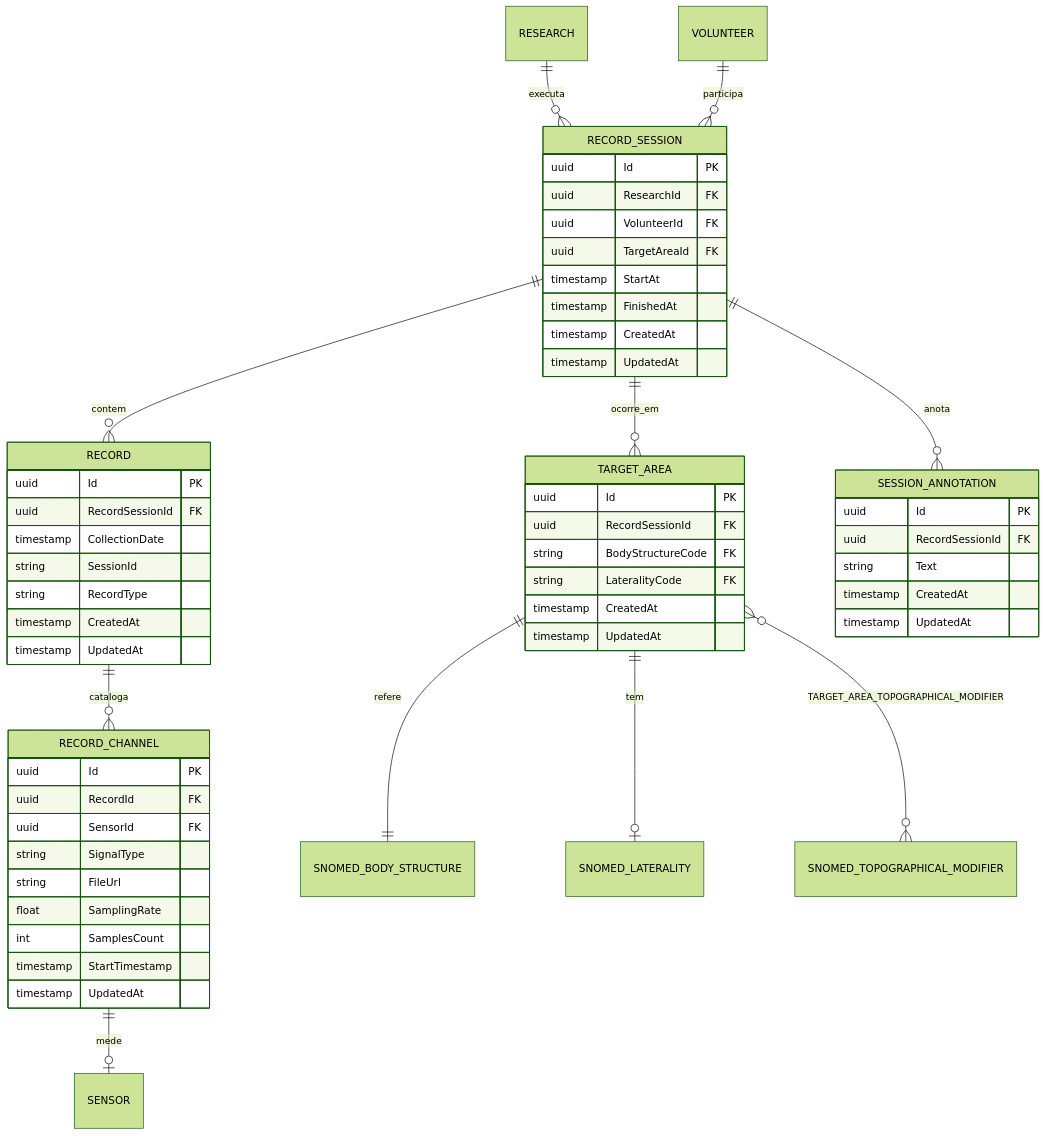
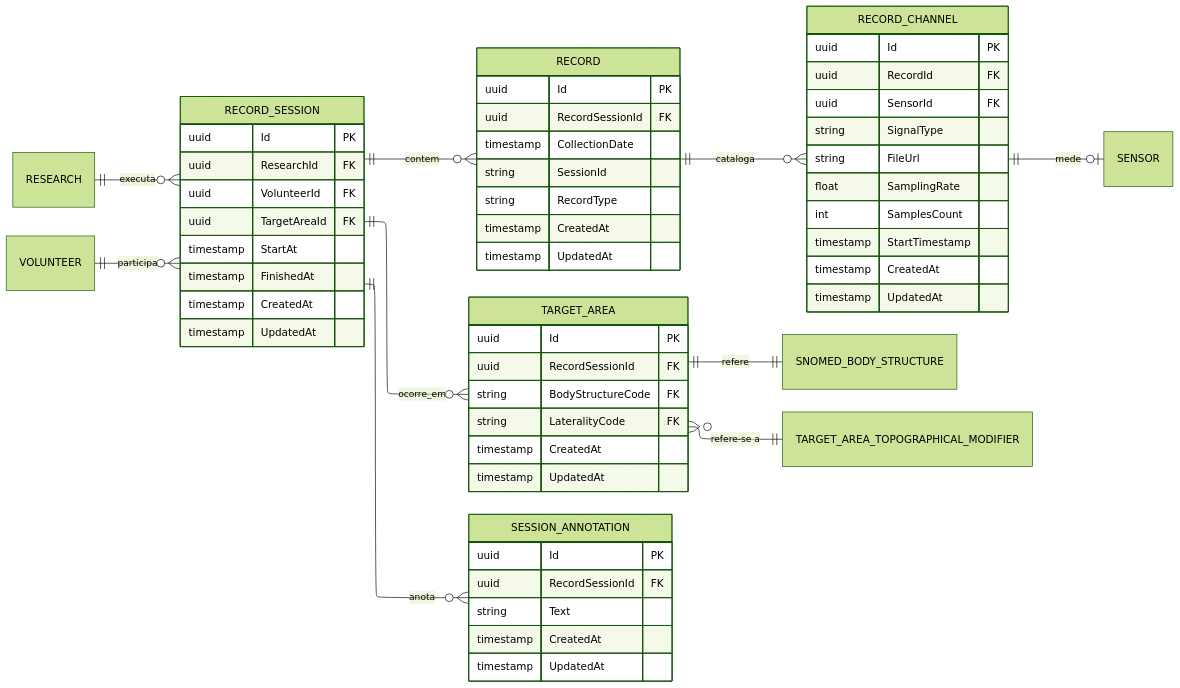
One commit to VitorAndTxr/TCC-Vitor changed the diagram in figuras/Desenvolvimento/NPI/modeloDados-familia-aquisicao.mmd. Above: the diagram before and after it, drawn with Mermaid (forest theme). The commit also changed 17 other files, not shown here.

```diff
--- a/figuras/Desenvolvimento/NPI/modeloDados-familia-aquisicao.mmd
+++ b/figuras/Desenvolvimento/NPI/modeloDados-familia-aquisicao.mmd
@@ -1,76 +1,79 @@
+---
+config:
+  layout: elk
+---
 erDiagram
+    direction LR
     %% ============================================================
     %% Familia 3: Aquisicao
     %% ============================================================
 
     RECORD_SESSION {
         uuid Id PK
         uuid ResearchId FK
         uuid VolunteerId FK
         uuid TargetAreaId FK
         timestamp StartAt
         timestamp FinishedAt
         timestamp CreatedAt
         timestamp UpdatedAt
     }
 
     RECORD {
         uuid Id PK
         uuid RecordSessionId FK
         timestamp CollectionDate
         string SessionId
         string RecordType
         timestamp CreatedAt
         timestamp UpdatedAt
     }
 
     RECORD_CHANNEL {
         uuid Id PK
         uuid RecordId FK
         uuid SensorId FK
         string SignalType
         string FileUrl
         float SamplingRate
         int SamplesCount
         timestamp StartTimestamp
+        timestamp CreatedAt
         timestamp UpdatedAt
     }
 
     TARGET_AREA {
         uuid Id PK
         uuid RecordSessionId FK
         string BodyStructureCode FK
         string LateralityCode FK
         timestamp CreatedAt
         timestamp UpdatedAt
     }
 
     SESSION_ANNOTATION {
         uuid Id PK
         uuid RecordSessionId FK
         string Text
         timestamp CreatedAt
         timestamp UpdatedAt
     }
 
     %% Entidades de outras familias citadas em relacionamentos
     RESEARCH { }
     VOLUNTEER { }
     SENSOR { }
     SNOMED_BODY_STRUCTURE { }
-    SNOMED_LATERALITY { }
-    SNOMED_TOPOGRAPHICAL_MODIFIER { }
 
     %% Relacionamentos internos
     RECORD_SESSION ||--o{ RECORD : contem
     RECORD_SESSION ||--o{ SESSION_ANNOTATION : anota
     RECORD_SESSION ||--o{ TARGET_AREA : ocorre_em
     RECORD ||--o{ RECORD_CHANNEL : cataloga
 
     %% Relacionamentos com outras familias
     RESEARCH ||--o{ RECORD_SESSION : executa
     VOLUNTEER ||--o{ RECORD_SESSION : participa
     RECORD_CHANNEL ||--o| SENSOR : mede
     TARGET_AREA ||--|| SNOMED_BODY_STRUCTURE : refere
-    TARGET_AREA ||--o| SNOMED_LATERALITY : tem
-    TARGET_AREA }o--o{ SNOMED_TOPOGRAPHICAL_MODIFIER : TARGET_AREA_TOPOGRAPHICAL_MODIFIER
+    TARGET_AREA }o--|| TARGET_AREA_TOPOGRAPHICAL_MODIFIER : "refere-se a"
```
